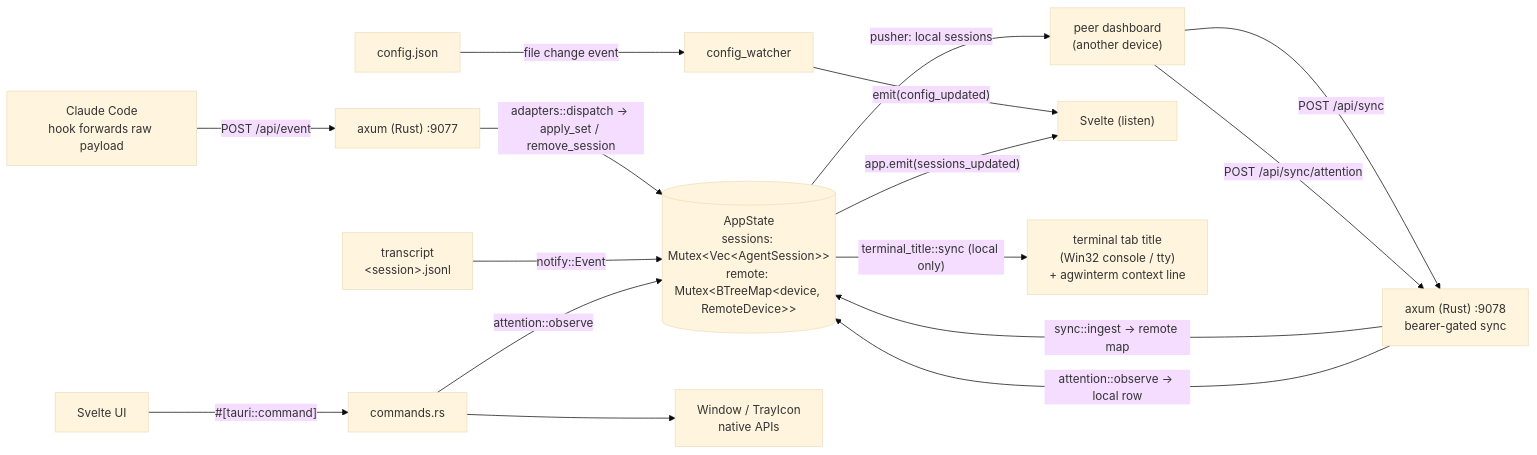
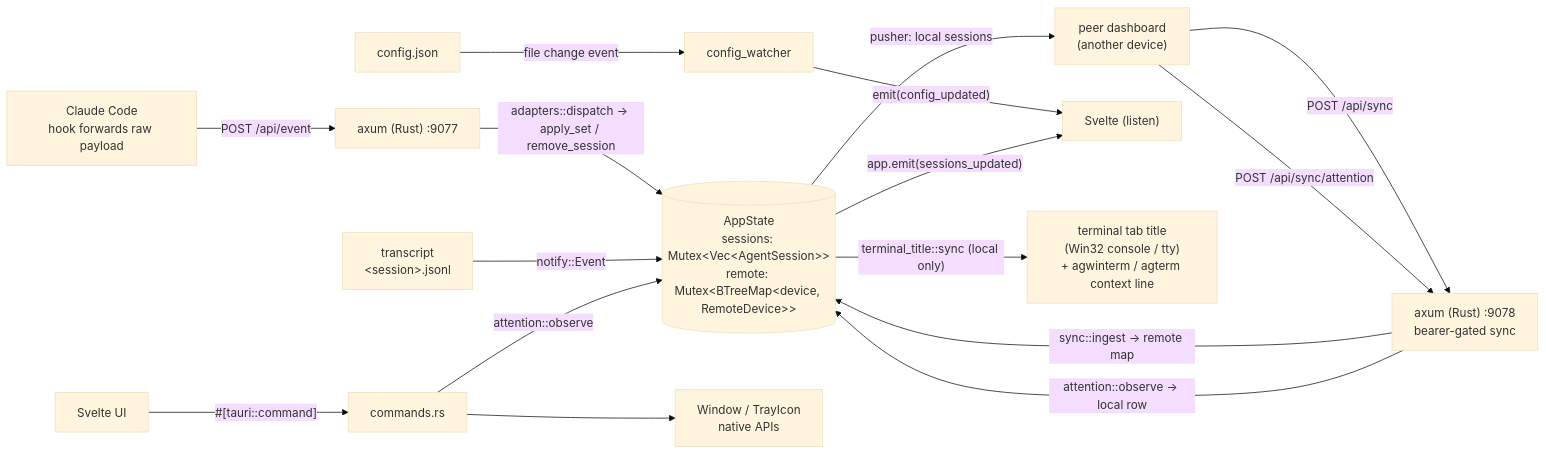
The diagram in docs/pages/development/data-flow.md (AnotherSava/claude-code-dashboard), drawn with Mermaid (base theme) before and after one commit. The commit also changed other lines of this file and 17 other files, not shown here.

````diff
--- a/docs/pages/development/data-flow.md
+++ b/docs/pages/development/data-flow.md
@@ -12,33 +12,33 @@
 ```mermaid
 flowchart LR
   CC["Claude Code<br/>hook forwards raw payload"]
   TR["transcript<br/>&lt;session&gt;.jsonl"]
   UI["Svelte UI"]
   CFG["config.json"]
   PEER["peer dashboard<br/>(another device)"]
 
   AX["axum (Rust) :9077"]
   SYNC["axum (Rust) :9078<br/>bearer-gated sync"]
   CMD["commands.rs"]
   CW["config_watcher"]
   AS[("AppState<br/>sessions: Mutex&lt;Vec&lt;AgentSession&gt;&gt;<br/>remote: Mutex&lt;BTreeMap&lt;device, RemoteDevice&gt;&gt;")]
   NATIVE["Window / TrayIcon<br/>native APIs"]
   SV["Svelte (listen)"]
-  TT["terminal tab title<br/>(Win32 console / tty)<br/>+ agwinterm context line"]
+  TT["terminal tab title<br/>(Win32 console / tty)<br/>+ agwinterm / agterm context line"]
 
   CC -->|"POST /api/event"| AX
   AX -->|"adapters::dispatch -> apply_set / remove_session"| AS
   TR -->|"notify::Event"| AS
   PEER -->|"POST /api/sync"| SYNC
   SYNC -->|"sync::ingest -> remote map"| AS
   PEER -->|"POST /api/sync/attention"| SYNC
   SYNC -->|"attention::observe -> local row"| AS
   AS -->|"pusher: local sessions"| PEER
   UI -->|"#[tauri::command]"| CMD
   CMD -->|"attention::observe"| AS
   CMD --> NATIVE
   CFG -->|"file change event"| CW
   CW -->|"emit(config_updated)"| SV
   AS -->|"app.emit(sessions_updated)"| SV
   AS -->|"terminal_title::sync (local only)"| TT
 ```
````
